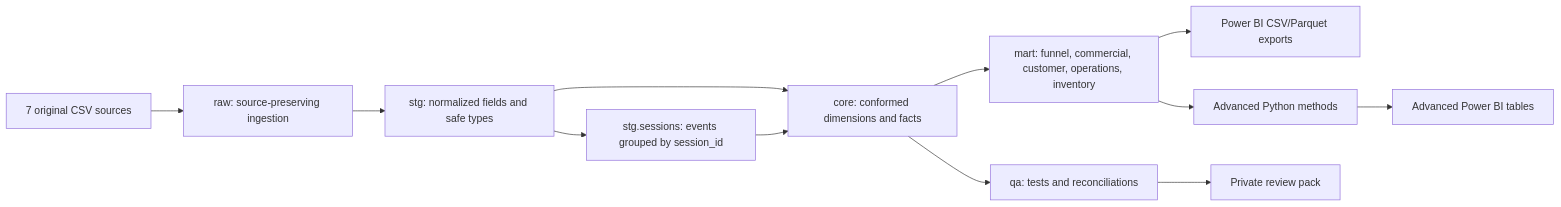
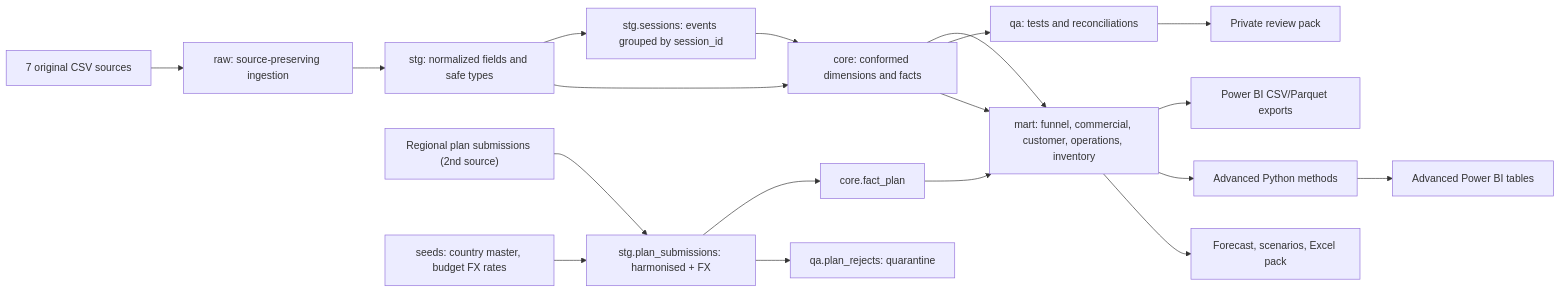
Before and after one commit to kath-pahotu/the-look-ecommerce-data-analysis: the diagram in docs/technical_reference.md, drawn with Mermaid. The commit also changed other lines of this file and 63 other files, not shown here.

````diff
--- a/docs/technical_reference.md
+++ b/docs/technical_reference.md
@@ -5,14 +5,21 @@
 ```mermaid
 flowchart LR
     A["7 original CSV sources"] --> B["raw: source-preserving ingestion"]
     B --> C["stg: normalized fields and safe types"]
     C --> S["stg.sessions: events grouped by session_id"]
     C --> D["core: conformed dimensions and facts"]
     S --> D
     D --> E["mart: funnel, commercial, customer, operations, inventory"]
     E --> F["Power BI CSV/Parquet exports"]
     E --> G["Advanced Python methods"]
     D --> H["qa: tests and reconciliations"]
     G --> I["Advanced Power BI tables"]
     H --> J["Private review pack"]
+    P1["Regional plan submissions (2nd source)"] --> P2["stg.plan_submissions: harmonised + FX"]
+    S1["seeds: country master, budget FX rates"] --> P2
+    P2 --> P3["core.fact_plan"]
+    P2 --> P4["qa.plan_rejects: quarantine"]
+    P3 --> E
+    D --> E
+    E --> K["Forecast, scenarios, Excel pack"]
 ```
````
